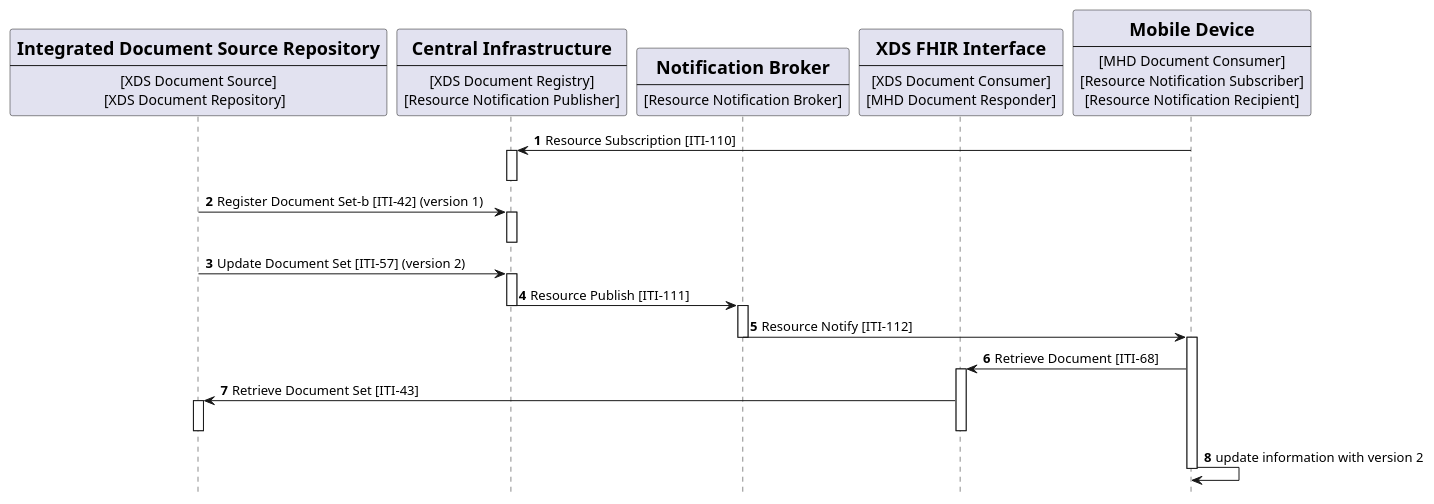
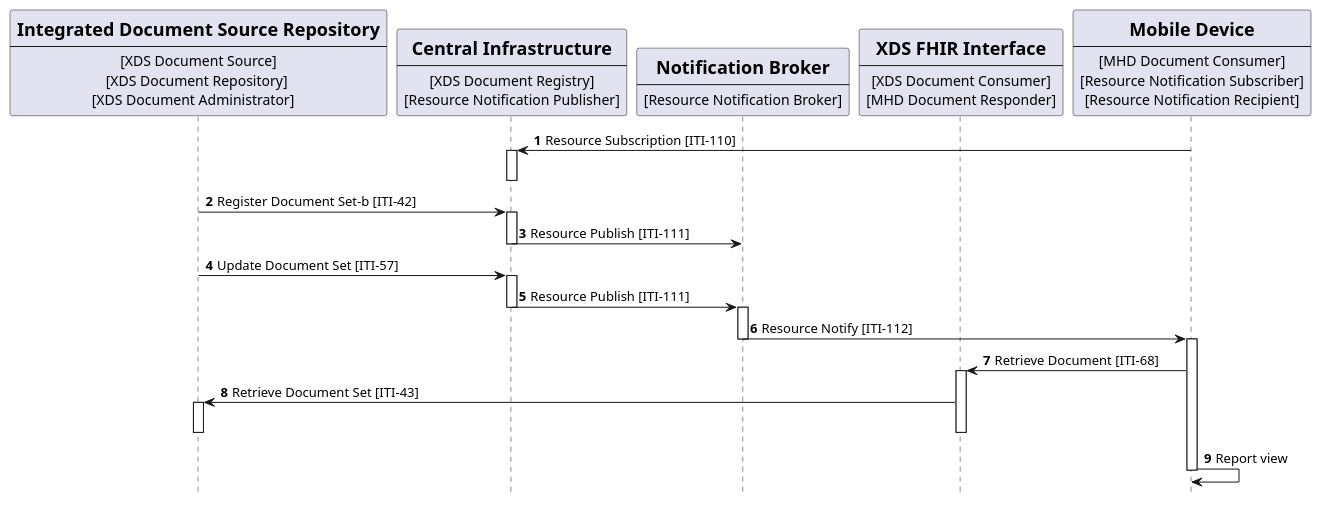
Before and after one commit to IHE/ITI.DSUBm: the diagram in input/images-source/usecase6-processflow.plantuml, drawn with PlantUML. The commit also changed 1 other file, not shown here.

```diff
--- a/input/images-source/usecase6-processflow.plantuml
+++ b/input/images-source/usecase6-processflow.plantuml
@@ -1,68 +1,70 @@
 @startuml
 skinparam svgDimensionStyle false
 hide footbox
 /'title "Subscription with DSUBm on MHD on FHIR infrastructure from Mobile Device" '/
 
 participant Repository [
     =Integrated Document Source Repository
     ----
     [XDS Document Source]
-    [XDS Document Repository]  
+    [XDS Document Repository] 
+    [XDS Document Administrator]   
 ] 
 
 participant Central [
     =Central Infrastructure
     ----
     [XDS Document Registry]
     [Resource Notification Publisher]
 ] 
 
 participant Broker [
     =Notification Broker
     ----
     [Resource Notification Broker]
 ] 
 
 participant XDSonFHIR [
     =XDS FHIR Interface
     ----
     [XDS Document Consumer]
     [MHD Document Responder]
 ] 
 
 participant MobileDevice [
     =Mobile Device
     ----
     [MHD Document Consumer]
     [Resource Notification Subscriber]
     [Resource Notification Recipient]
 ] 
 autonumber 1 "<b>"
 MobileDevice -> Central: Resource Subscription [ITI-110]
 activate Central
 deactivate Central
 
 
-Repository -> Central: Register Document Set-b [ITI-42] (version 1)
+Repository -> Central: Register Document Set-b [ITI-42]
 activate Central
+Central -> Broker :  Resource Publish [ITI-111]
 deactivate Central
 
-Repository -> Central: Update Document Set [ITI-57] (version 2)
+Repository -> Central: Update Document Set [ITI-57]
 activate Central
 Central -> Broker :  Resource Publish [ITI-111]
 deactivate Central
 activate Broker
 Broker -> MobileDevice: Resource Notify [ITI-112]
 deactivate Broker
 activate MobileDevice
 MobileDevice -> XDSonFHIR: Retrieve Document [ITI-68]
 activate XDSonFHIR
 XDSonFHIR -> Repository: Retrieve Document Set [ITI-43]
 activate Repository
 deactivate XDSonFHIR
 deactivate Repository
-MobileDevice -> MobileDevice: update information with version 2
+MobileDevice -> MobileDevice: Report view
 deactivate MobileDevice
 
 
 @enduml
```
